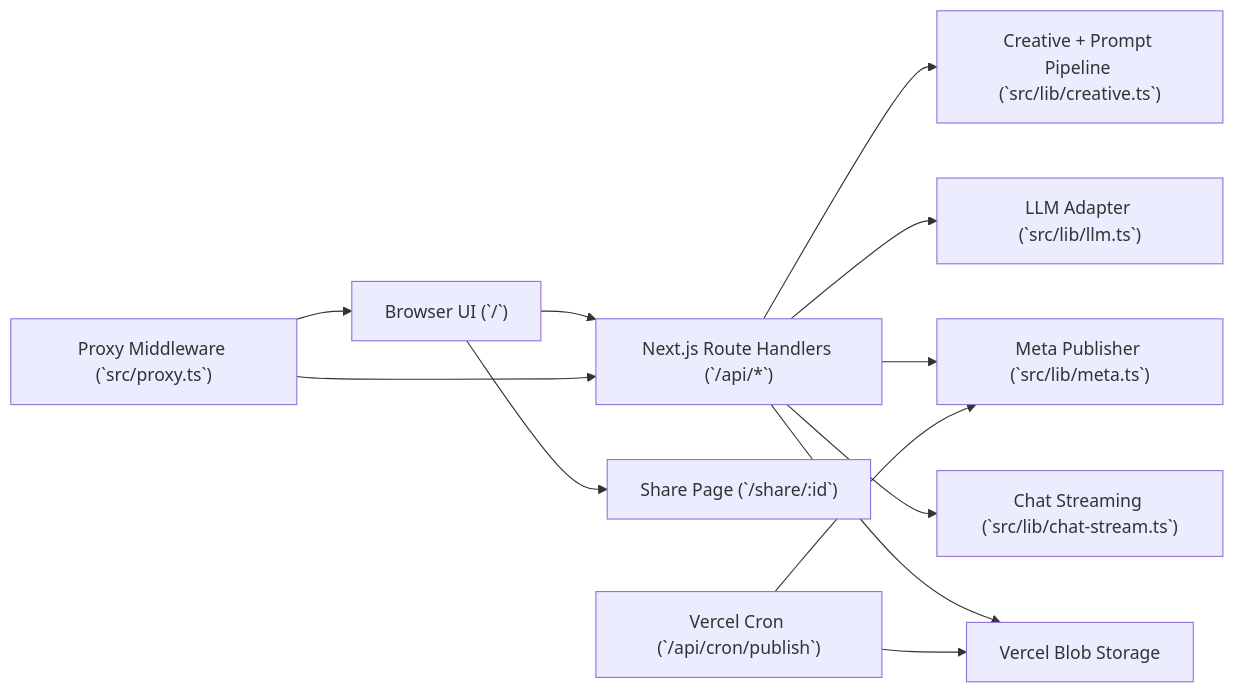
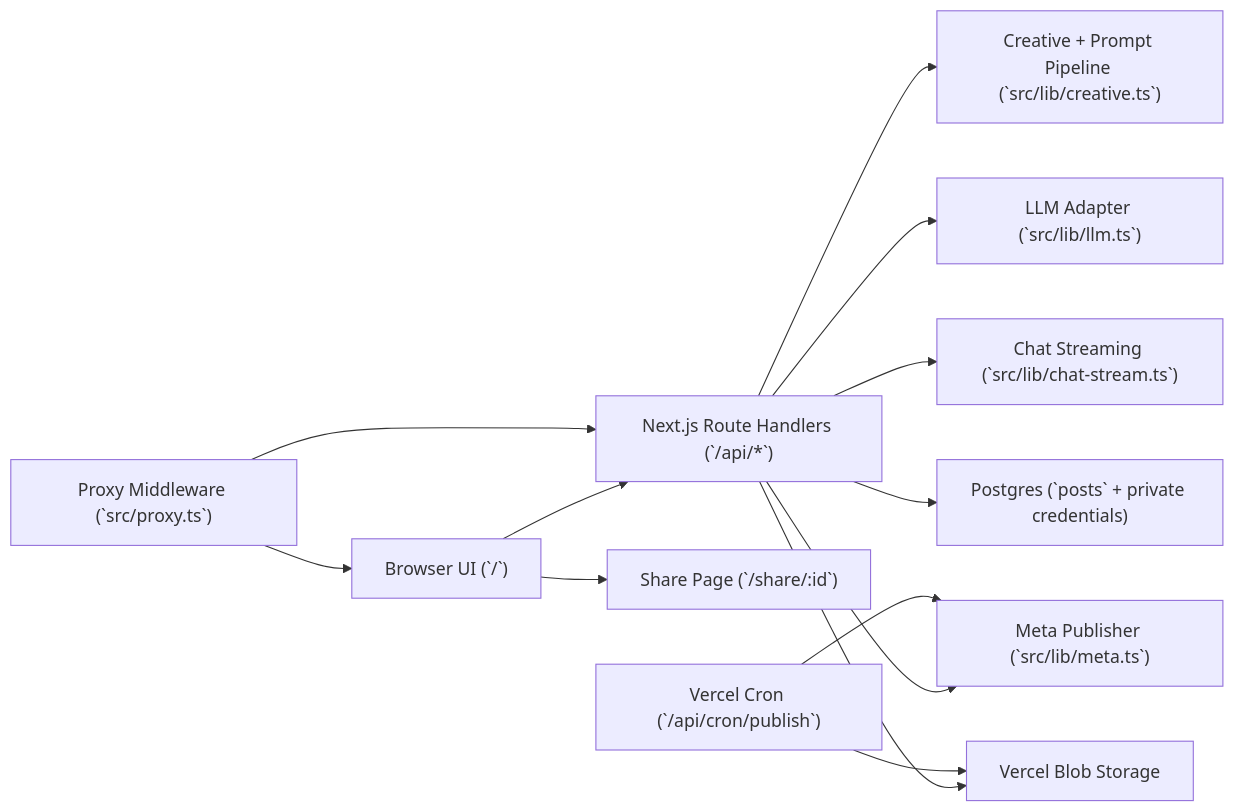
Before and after one commit to 3twos/ig-poster: the diagram in docs/architecture.md, drawn with Mermaid. The commit also changed other lines of this file and 7 other files, not shown here.

````diff
--- a/docs/architecture.md
+++ b/docs/architecture.md
@@ -12,14 +12,15 @@
 ```mermaid
 flowchart LR
   U["Browser UI (`/`)"] --> API["Next.js Route Handlers (`/api/*`)"]
   U --> SHARE["Share Page (`/share/:id`)"]
   API --> CREATIVE["Creative + Prompt Pipeline (`src/lib/creative.ts`)"]
   API --> LLM["LLM Adapter (`src/lib/llm.ts`)"]
   API --> META["Meta Publisher (`src/lib/meta.ts`)"]
   API --> CHAT["Chat Streaming (`src/lib/chat-stream.ts`)"]
+  API --> PG["Postgres (`posts` + private credentials)"]
   API --> BLOB["Vercel Blob Storage"]
   CRON["Vercel Cron (`/api/cron/publish`)"] --> BLOB
   CRON --> META
   MW["Proxy Middleware (`src/proxy.ts`)"] --> U
   MW --> API
 ```
````
